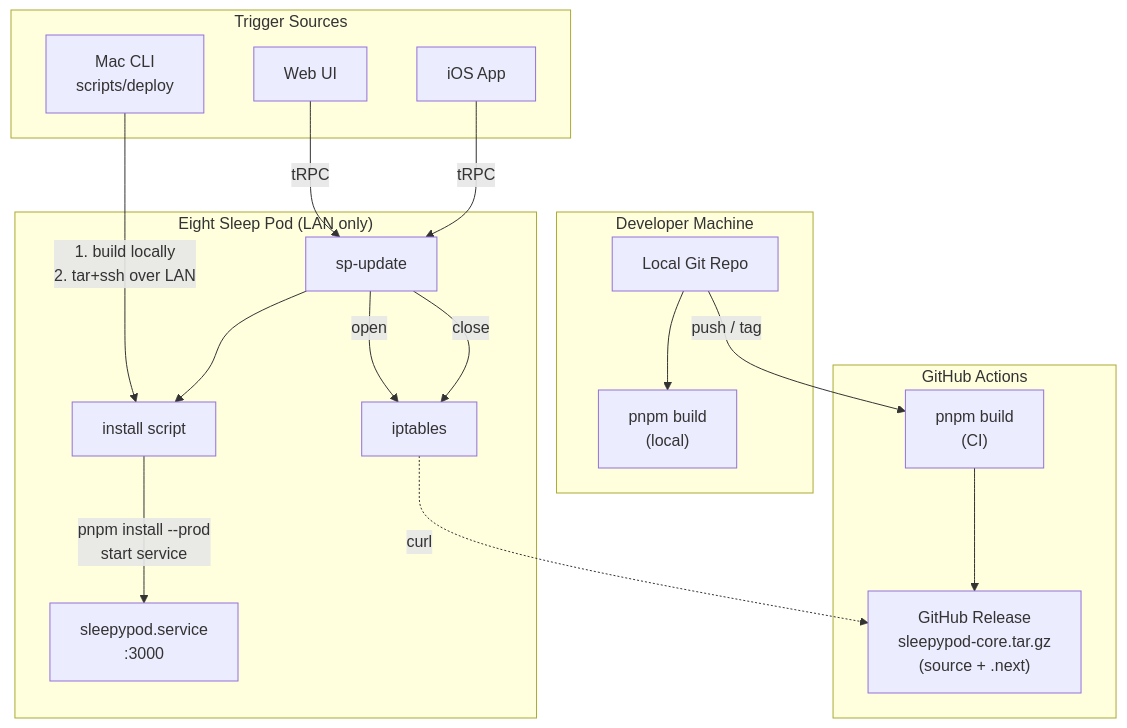
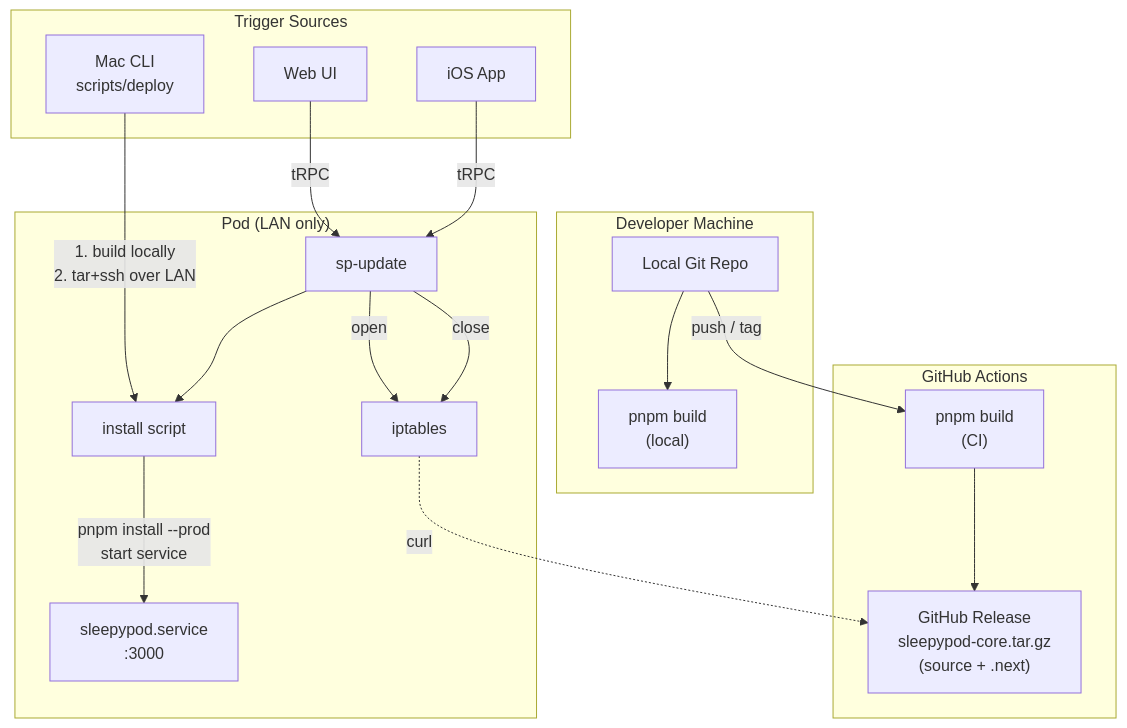
Before and after one commit to sleepypod/core: the diagram in docs/DEPLOYMENT.md, drawn with Mermaid. The commit also changed other lines of this file and 12 other files, not shown here.

````diff
--- a/docs/DEPLOYMENT.md
+++ b/docs/DEPLOYMENT.md
@@ -9,40 +9,40 @@
 ```mermaid
 flowchart TB
     subgraph dev["Developer Machine"]
         repo["Local Git Repo"]
         build_local["pnpm build<br/>(local)"]
     end
 
     subgraph ci["GitHub Actions"]
         build_ci["pnpm build<br/>(CI)"]
         release["GitHub Release<br/>sleepypod-core.tar.gz<br/>(source + .next)"]
     end
 
-    subgraph pod["Eight Sleep Pod (LAN only)"]
+    subgraph pod["Pod (LAN only)"]
         spupdate["sp-update"]
         install["install script"]
         iptables["iptables"]
         service["sleepypod.service<br/>:3000"]
     end
 
     subgraph trigger["Trigger Sources"]
         mac["Mac CLI<br/>scripts/deploy"]
         web["Web UI"]
         ios["iOS App"]
     end
 
     repo --> build_local
     repo -->|"push / tag"| build_ci
     build_ci --> release
 
     mac -->|"1. build locally<br/>2. tar+ssh over LAN"| install
     web -->|"tRPC"| spupdate
     ios -->|"tRPC"| spupdate
 
     spupdate -->|"open"| iptables
     iptables -.->|"curl"| release
     spupdate -->|"close"| iptables
     spupdate --> install
 
     install -->|"pnpm install --prod<br/>start service"| service
 ```
````
